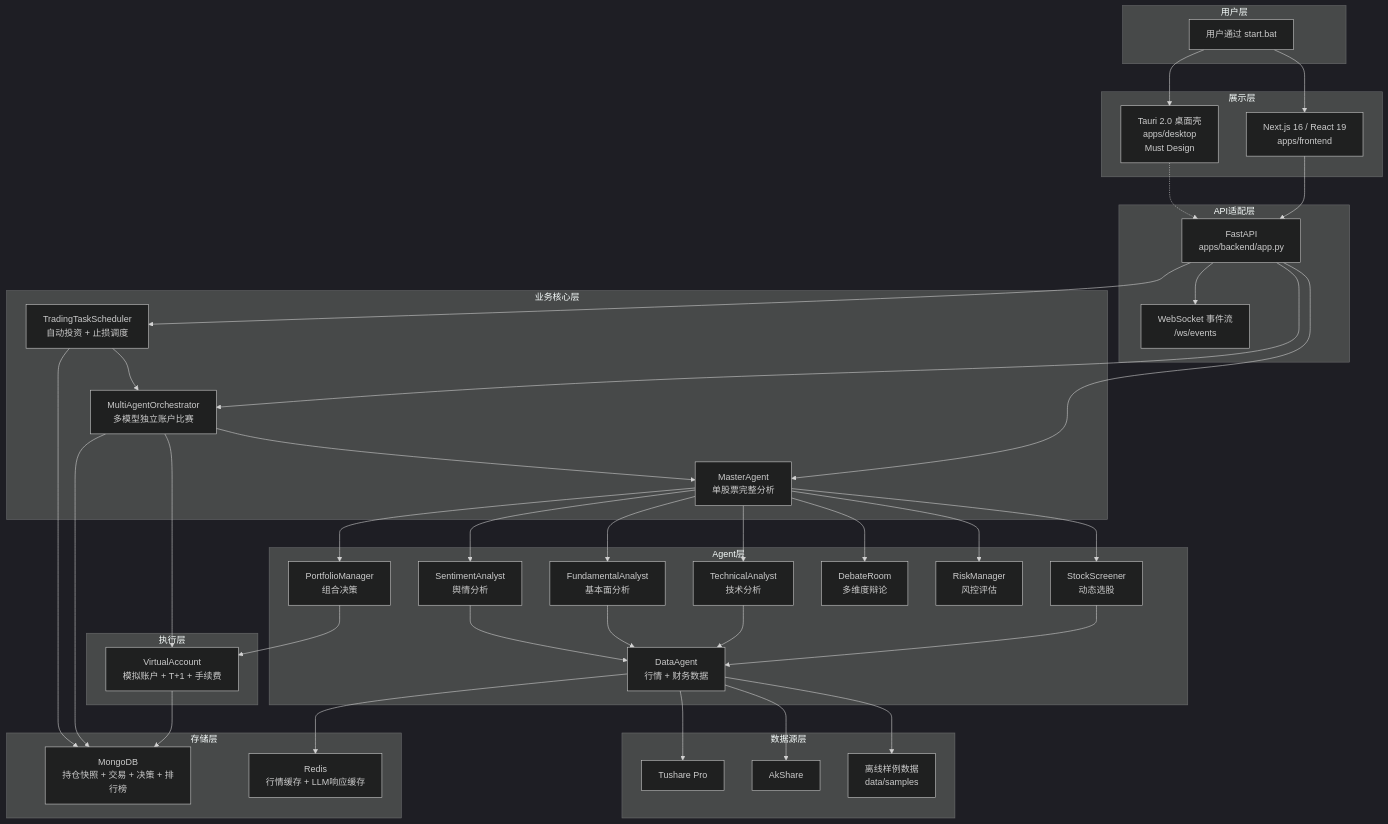
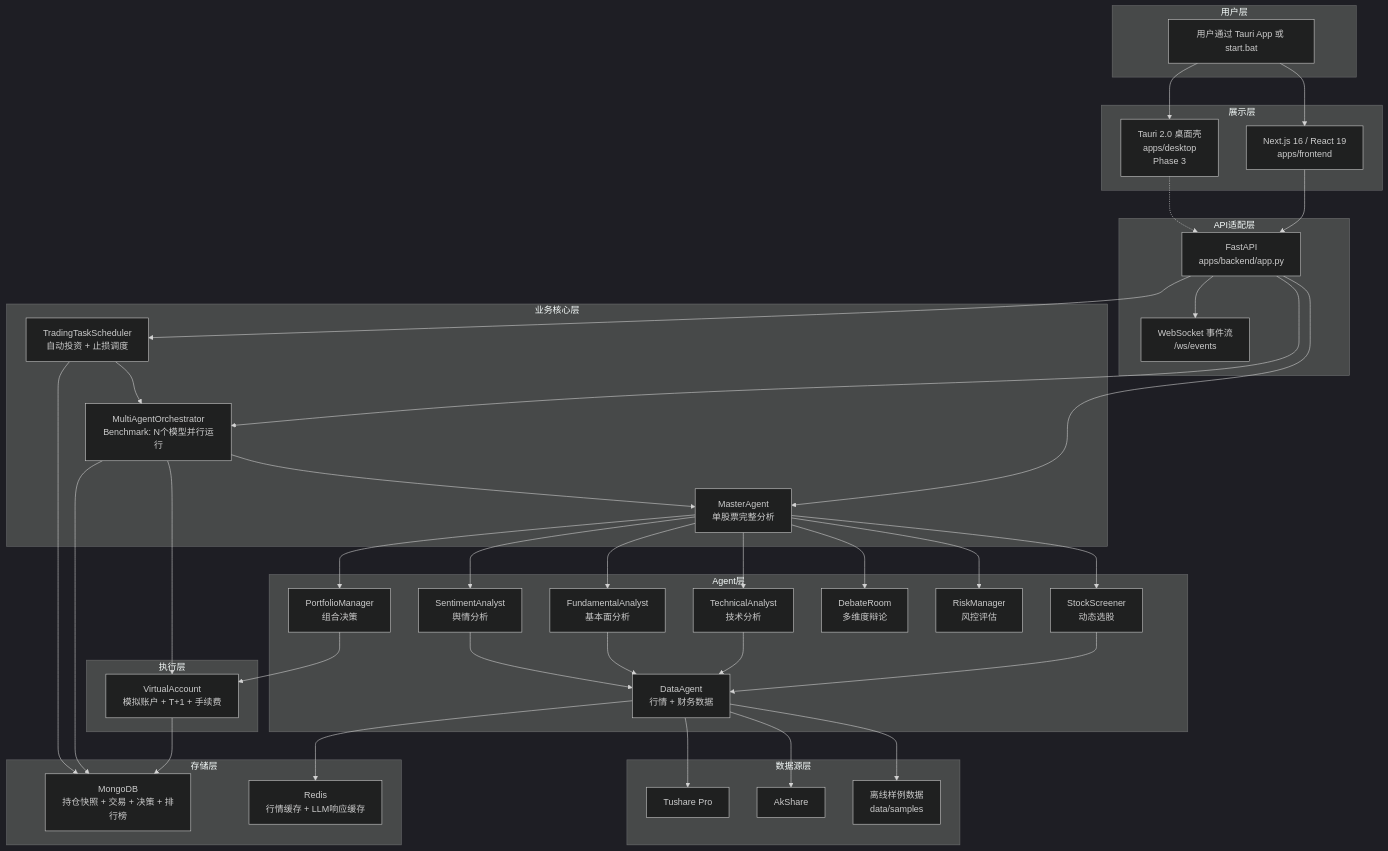
Before and after one commit to systemoutprintlnhelloworld/astock-agent-system: the first of 4 diagrams in docs/technical/ARCHITECTURE.md, drawn with Mermaid (dark theme). The commit also changed other lines of this file, not shown here.

First line of the commit message:
fix: remove single-LLM vs multi-LLM mode concept, use Benchmark mode

````diff
--- a/docs/technical/ARCHITECTURE.md
+++ b/docs/technical/ARCHITECTURE.md
@@ -13,12 +13,12 @@
 ```mermaid
 graph TB
     subgraph userLayer [用户层]
-        user[用户通过 start.bat]
+        user[用户通过 Tauri App 或 start.bat]
     end
     
     subgraph presentationLayer [展示层]
         nextjs[Next.js 16 / React 19<br/>apps/frontend]
-        tauri[Tauri 2.0 桌面壳<br/>apps/desktop<br/>Must Design]
+        tauri[Tauri 2.0 桌面壳<br/>apps/desktop<br/>Phase 3]
     end
     
     subgraph apiLayer [API适配层]
@@ -28,7 +28,7 @@
     
     subgraph businessLayer [业务核心层]
         masterAgent[MasterAgent<br/>单股票完整分析]
-        orchestrator[MultiAgentOrchestrator<br/>多模型独立账户比赛]
+        orchestrator[MultiAgentOrchestrator<br/>Benchmark: N个模型并行运行]
         scheduler[TradingTaskScheduler<br/>自动投资 + 止损调度]
     end
     
````
